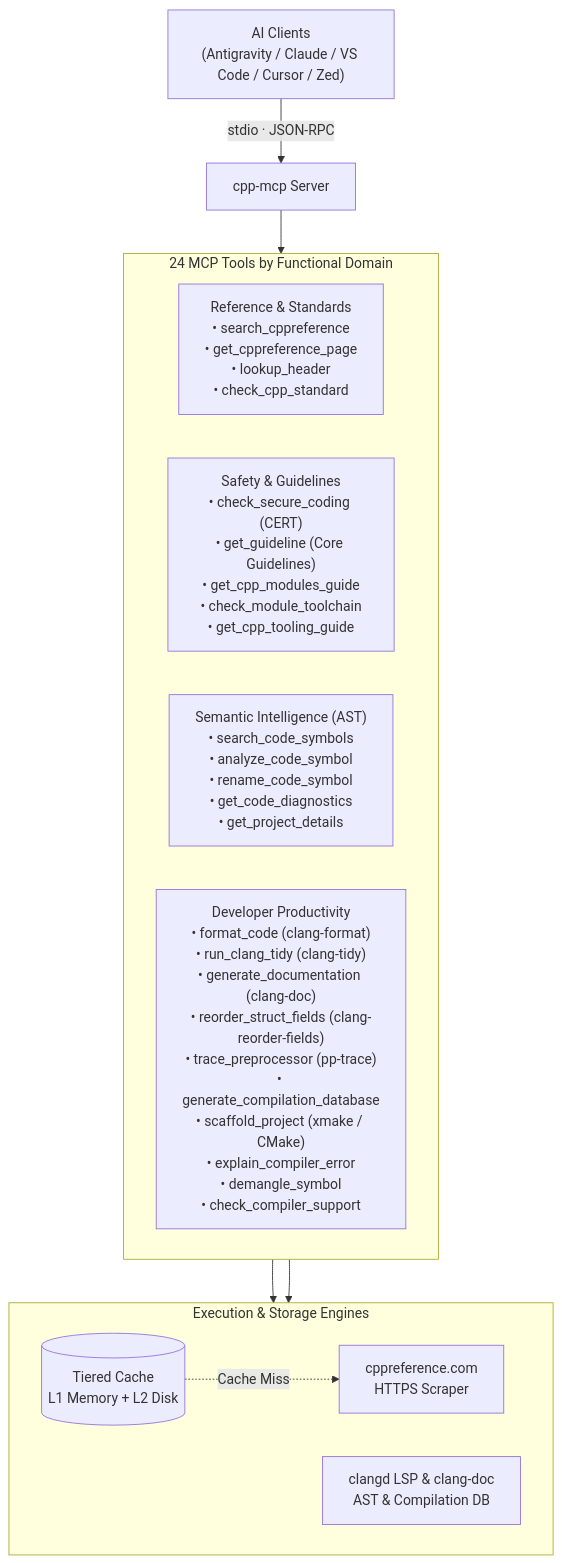
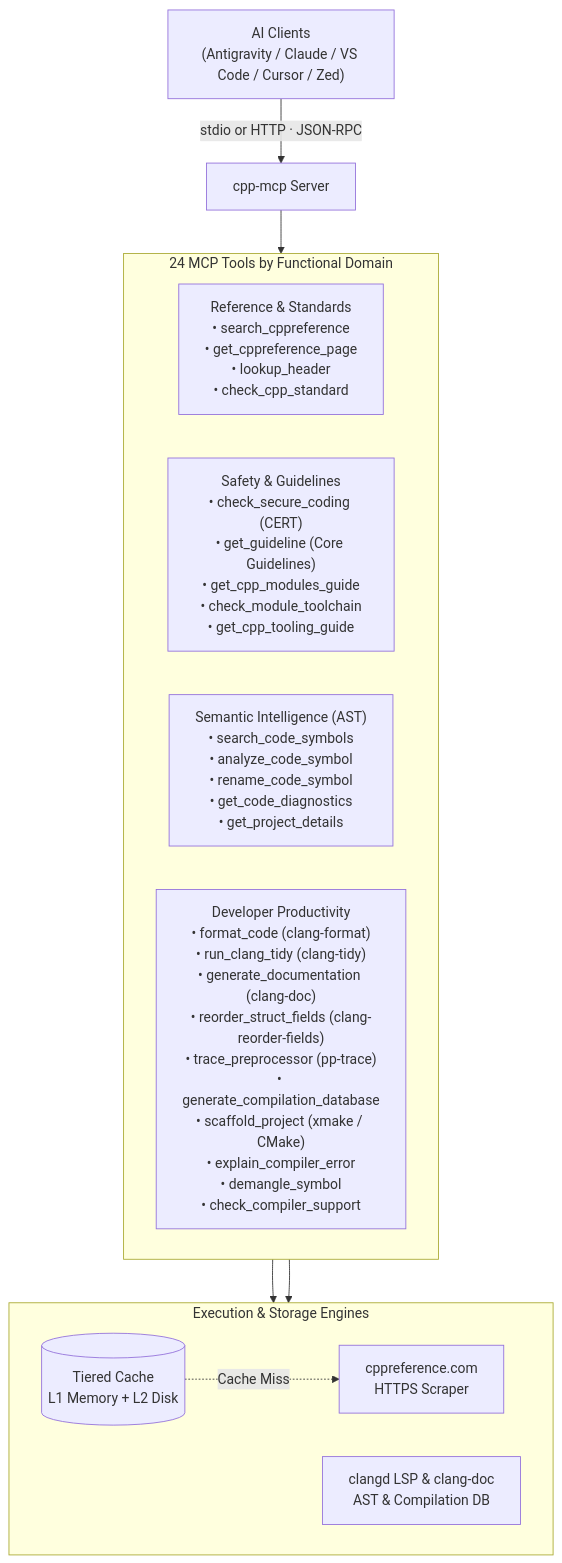
One commit to CHOCEK-RB/cpp-mcp changed the diagram in README.md. Above: the diagram before and after it, drawn with Mermaid. The commit also changed other lines of this file, not shown here.

First line of the commit message:
docs: document HTTP transport and structured output

````diff
--- a/README.md
+++ b/README.md
@@ -18,24 +18,24 @@
 ```mermaid
 flowchart TB
-    Client["AI Clients\n(Antigravity / Claude / VS Code / Cursor / Zed)"] -->|stdio · JSON-RPC| Server["cpp-mcp Server"]
+    Client["AI Clients\n(Antigravity / Claude / VS Code / Cursor / Zed)"] -->|stdio or HTTP · JSON-RPC| Server["cpp-mcp Server"]
 
     subgraph Tools ["24 MCP Tools by Functional Domain"]
         direction LR
         D1["Reference & Standards\n• search_cppreference\n• get_cppreference_page\n• lookup_header\n• check_cpp_standard"]
         D2["Safety & Guidelines\n• check_secure_coding (CERT)\n• get_guideline (Core Guidelines)\n• get_cpp_modules_guide\n• check_module_toolchain\n• get_cpp_tooling_guide"]
         D3["Semantic Intelligence (AST)\n• search_code_symbols\n• analyze_code_symbol\n• rename_code_symbol\n• get_code_diagnostics\n• get_project_details"]
         D4["Developer Productivity\n• format_code (clang-format)\n• run_clang_tidy (clang-tidy)\n• generate_documentation (clang-doc)\n• reorder_struct_fields (clang-reorder-fields)\n• trace_preprocessor (pp-trace)\n• generate_compilation_database\n• scaffold_project (xmake / CMake)\n• explain_compiler_error\n• demangle_symbol\n• check_compiler_support"]
     end
 
     subgraph Backends ["Execution & Storage Engines"]
         direction LR
         Cache[("Tiered Cache\nL1 Memory + L2 Disk")]
         LSP["clangd LSP & clang-doc\nAST & Compilation DB"]
         Web["cppreference.com\nHTTPS Scraper"]
     end
 
     Server --> Tools
     D1 --> Cache
     D3 --> LSP
     Cache -.->|Cache Miss| Web
 ```
````
